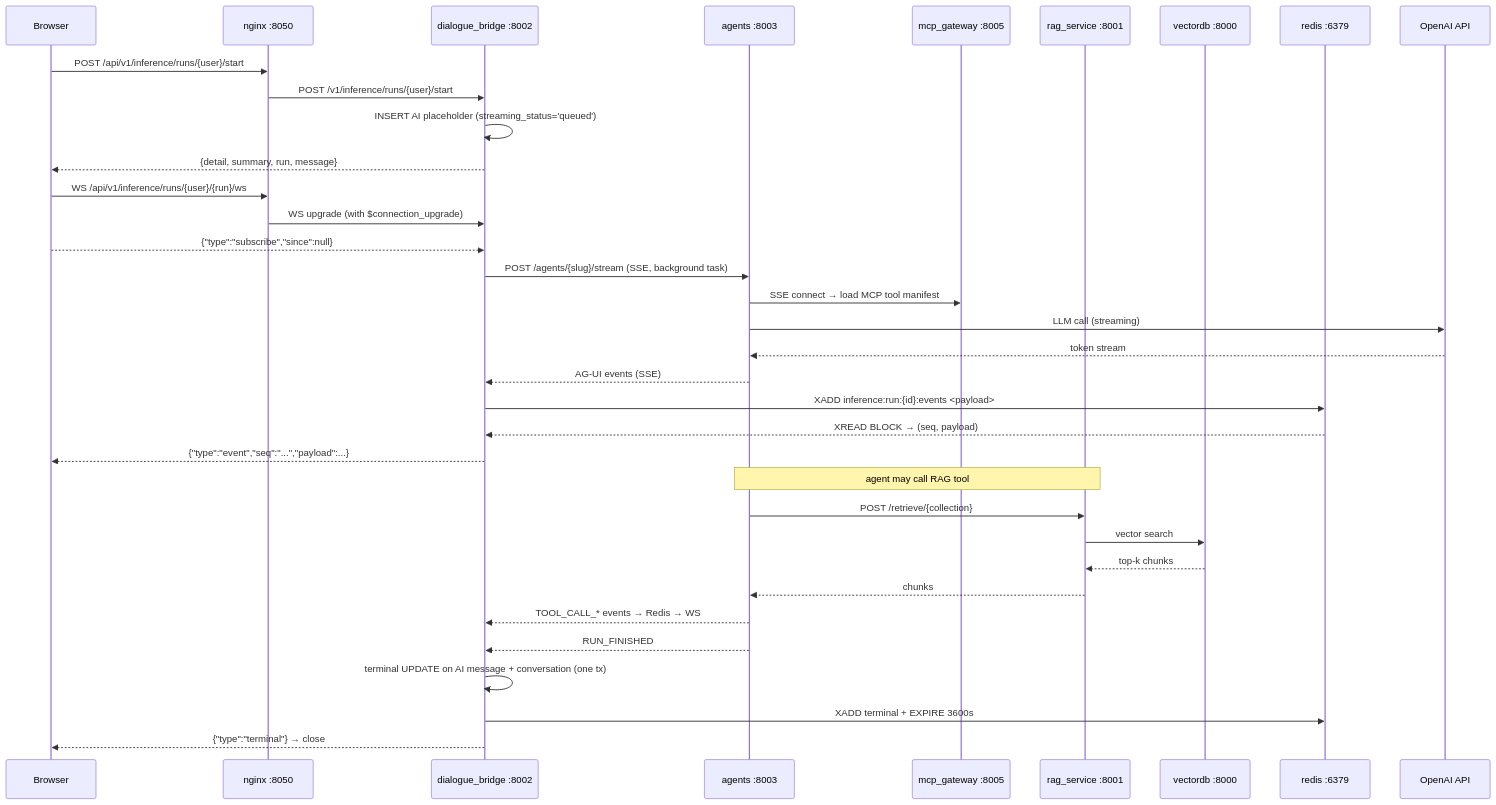
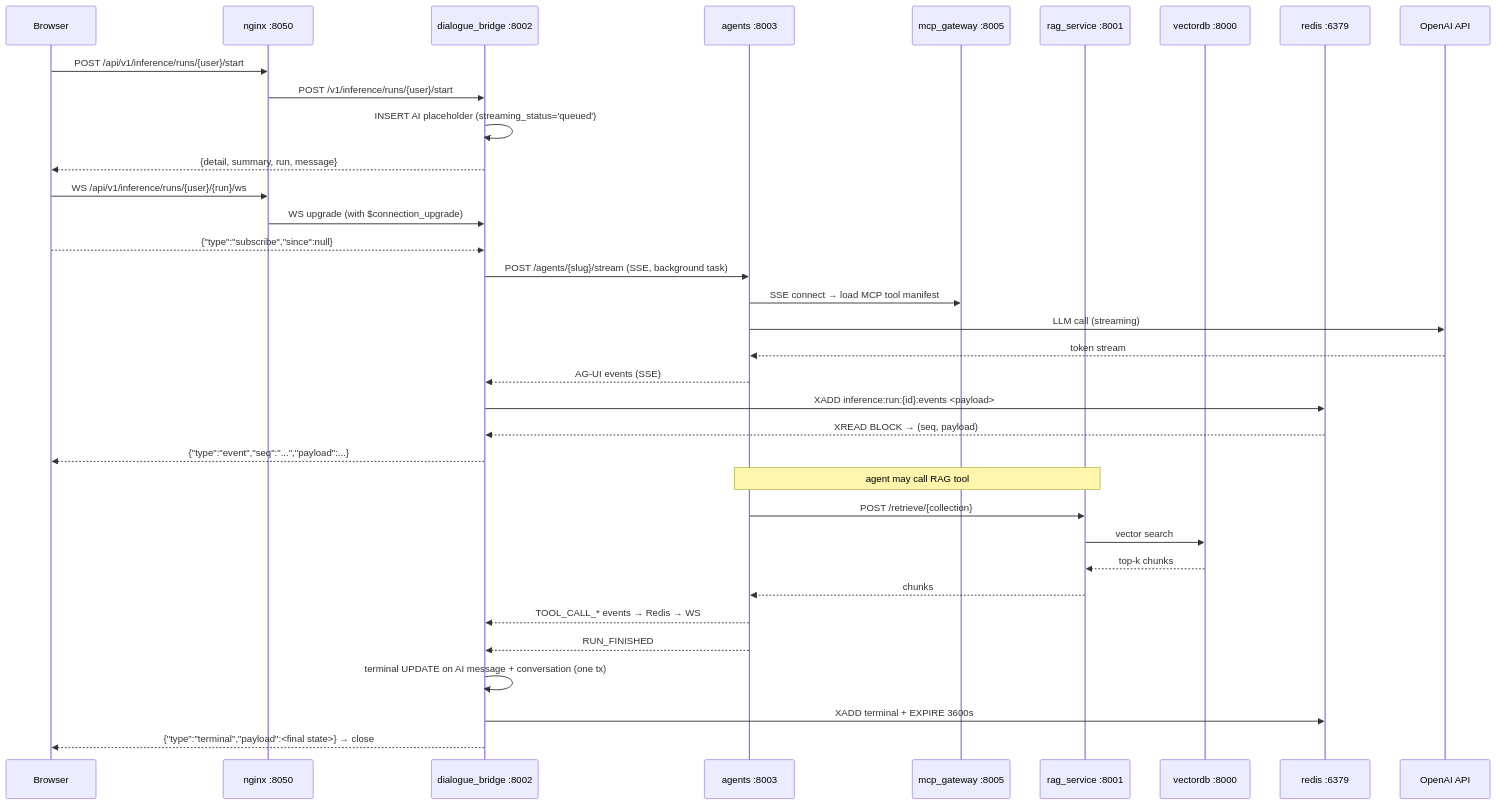
One commit to konstantinosmpouros/mAgenticX changed the second of 3 diagrams in docs/architecture/overview.md. Above: the diagram before and after it, drawn with Mermaid. The commit also changed 39 other files, not shown here.

Commit message:
Agent run timeline rebuild: event-log fold + interleaved CoT/content + HITL takeover

````diff
--- a/docs/architecture/overview.md
+++ b/docs/architecture/overview.md
@@ -249,38 +249,38 @@
 ```mermaid
 sequenceDiagram
     participant B as Browser
     participant N as nginx :8050
     participant D as dialogue_bridge :8002
     participant A as agents :8003
     participant M as mcp_gateway :8005
     participant R as rag_service :8001
     participant C as vectordb :8000
     participant Rd as redis :6379
     participant O as OpenAI API
 
     B->>N: POST /api/v1/inference/runs/{user}/start
     N->>D: POST /v1/inference/runs/{user}/start
     D->>D: INSERT AI placeholder (streaming_status='queued')
     D-->>B: {detail, summary, run, message}
     B->>N: WS /api/v1/inference/runs/{user}/{run}/ws
     N->>D: WS upgrade (with $connection_upgrade)
     B-->>D: {"type":"subscribe","since":null}
     D->>A: POST /agents/{slug}/stream (SSE, background task)
     A->>M: SSE connect → load MCP tool manifest
     A->>O: LLM call (streaming)
     O-->>A: token stream
     A-->>D: AG-UI events (SSE)
     D->>Rd: XADD inference:run:{id}:events <payload>
     Rd-->>D: XREAD BLOCK → (seq, payload)
     D-->>B: {"type":"event","seq":"...","payload":...}
     Note over A,R: agent may call RAG tool
     A->>R: POST /retrieve/{collection}
     R->>C: vector search
     C-->>R: top-k chunks
     R-->>A: chunks
     A-->>D: TOOL_CALL_* events → Redis → WS
     A-->>D: RUN_FINISHED
     D->>D: terminal UPDATE on AI message + conversation (one tx)
     D->>Rd: XADD terminal + EXPIRE 3600s
-    D-->>B: {"type":"terminal"} → close
+    D-->>B: {"type":"terminal","payload":<final state>} → close
 ```
````
